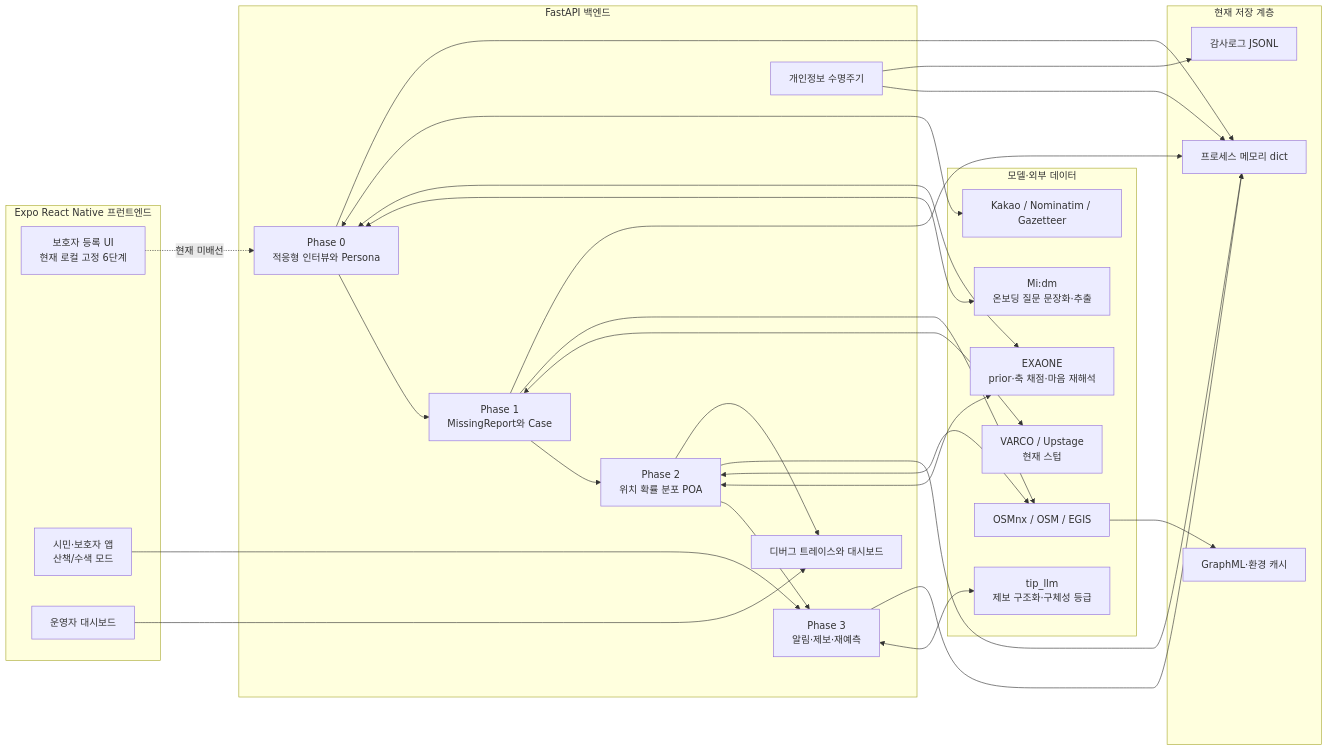
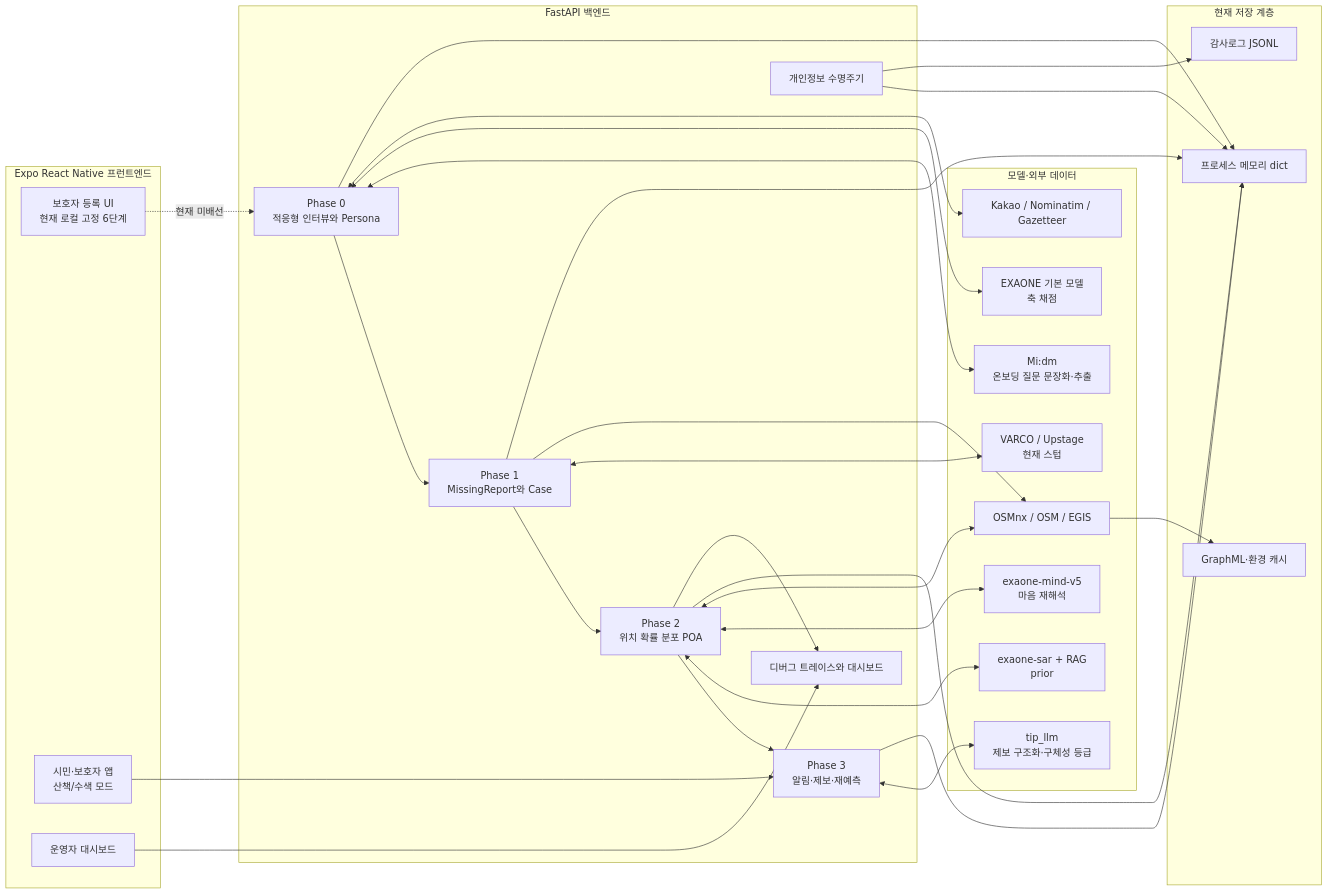
Before and after one commit to Donghaeng-AI-ROOKIE/Come-back-home: the first of 12 diagrams in docs/IMPLEMENTATION_ARCHITECTURE.md, drawn with Mermaid. The commit also changed other lines of this file and 3 other files, not shown here.

Commit message:
docs: sync architecture with latest experiments

````diff
--- a/docs/IMPLEMENTATION_ARCHITECTURE.md
+++ b/docs/IMPLEMENTATION_ARCHITECTURE.md
@@ -34,53 +36,56 @@
 ```mermaid
 flowchart LR
     subgraph FE["Expo React Native 프런트엔드"]
         F0["보호자 등록 UI<br/>현재 로컬 고정 6단계"]
         FC["시민·보호자 앱<br/>산책/수색 모드"]
         FO["운영자 대시보드"]
     end
 
     subgraph BE["FastAPI 백엔드"]
         P0["Phase 0<br/>적응형 인터뷰와 Persona"]
         P1["Phase 1<br/>MissingReport와 Case"]
         P2["Phase 2<br/>위치 확률 분포 POA"]
         P3["Phase 3<br/>알림·제보·재예측"]
         PRIV["개인정보 수명주기"]
         DBG["디버그 트레이스와 대시보드"]
     end
 
     subgraph MODEL["모델·외부 데이터"]
         MIDM["Mi:dm<br/>온보딩 질문 문장화·추출"]
         TIPL["tip_llm<br/>제보 구조화·구체성 등급"]
-        EXA["EXAONE<br/>prior·축 채점·마음 재해석"]
+        AXM["EXAONE 기본 모델<br/>축 채점"]
+        SARM["exaone-sar + RAG<br/>prior"]
+        MINDM["exaone-mind-v5<br/>마음 재해석"]
         GEO["Kakao / Nominatim / Gazetteer"]
         OSM["OSMnx / OSM / EGIS"]
         OPT["VARCO / Upstage<br/>현재 스텁"]
     end
 
     subgraph STORE["현재 저장 계층"]
         MEM["프로세스 메모리 dict"]
         AUDIT["감사로그 JSONL"]
         CACHE["GraphML·환경 캐시"]
     end
 
     F0 -. "현재 미배선" .-> P0
     FC --> P3
     FO --> DBG
     P0 --> P1 --> P2 --> P3
     P0 <--> MIDM
-    P0 <--> EXA
+    P0 <--> AXM
     P0 <--> GEO
     P1 <--> OPT
     P1 --> OSM
-    P2 <--> EXA
+    P2 <--> SARM
+    P2 <--> MINDM
     P2 <--> OSM
     P3 <--> TIPL
     P0 --> MEM
     P1 --> MEM
     P2 --> MEM
     P3 --> MEM
     PRIV --> MEM
     PRIV --> AUDIT
     OSM --> CACHE
     P2 --> DBG
 ```
````
